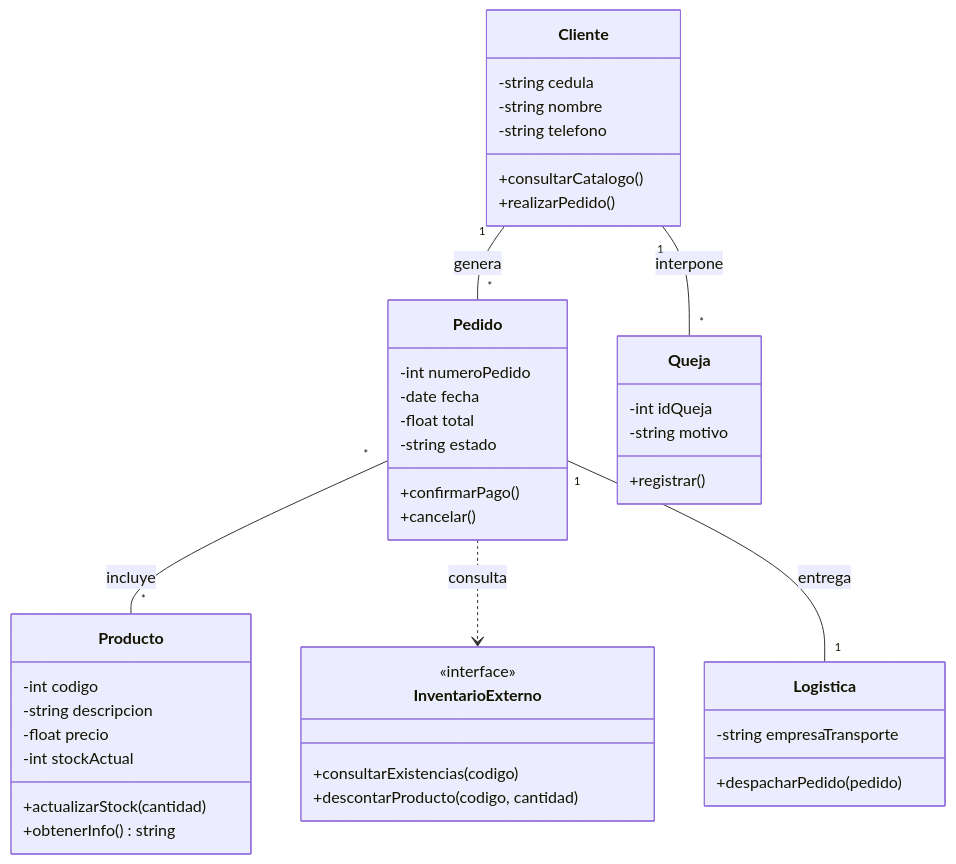
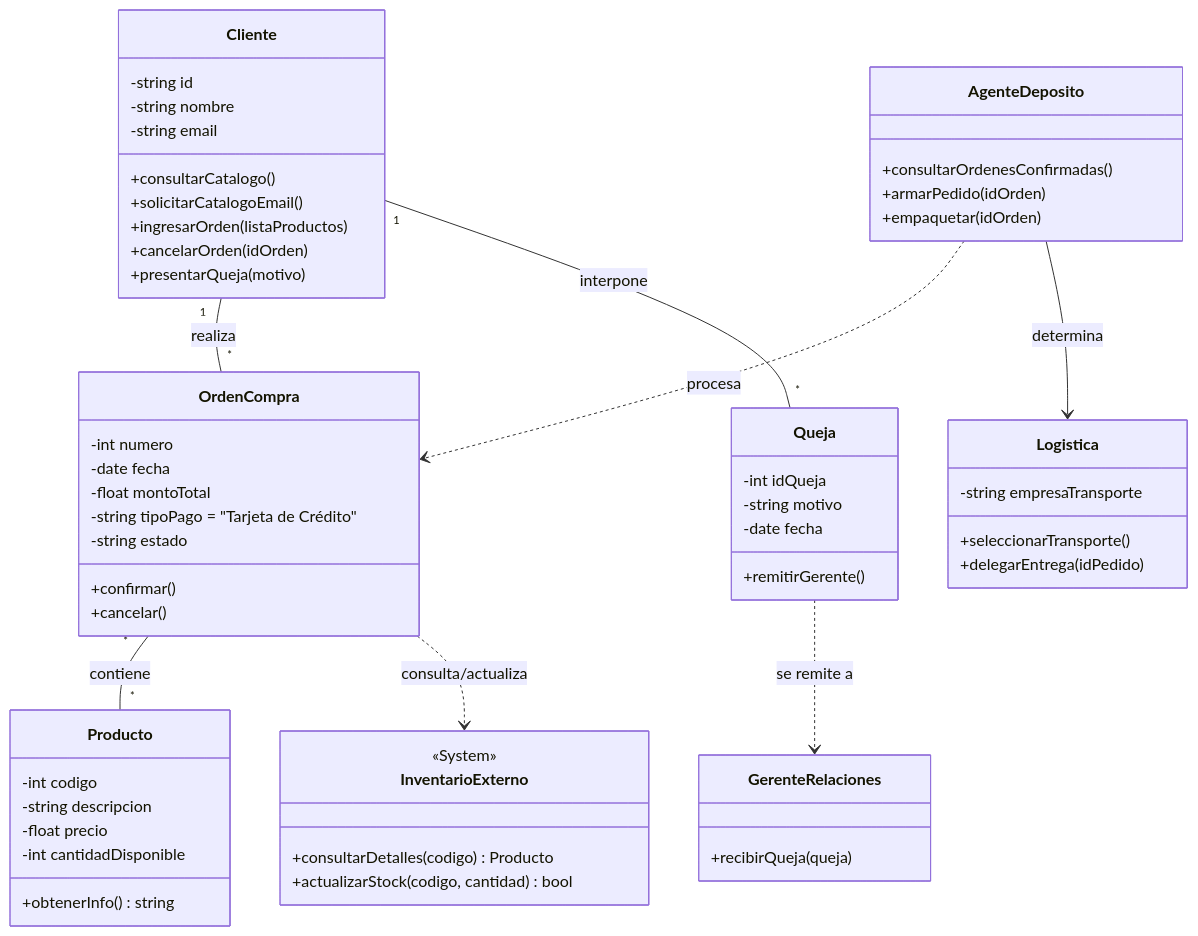
Before and after one commit to JuanGonzalezP1021/Taller_I: the diagram in docs/Diseno_1.md, drawn with Mermaid. The commit also changed other lines of this file and 1 other file, not shown here.

````diff
--- a/docs/Diseno_1.md
+++ b/docs/Diseno_1.md
@@ -3,51 +51,68 @@
 ```mermaid
 classDiagram
+    class InventarioExterno {
+        <<System>>
+        +consultarDetalles(codigo) Producto
+        +actualizarStock(codigo, cantidad) bool
+    }
+
     class Producto {
         -int codigo
         -string descripcion
         -float precio
-        -int stockActual
-        +actualizarStock(cantidad)
+        -int cantidadDisponible
         +obtenerInfo() string
     }
-    
+
     class Cliente {
-        -string cedula
+        -string id
         -string nombre
-        -string telefono
+        -string email
         +consultarCatalogo()
-        +realizarPedido()
+        +solicitarCatalogoEmail()
+        +ingresarOrden(listaProductos)
+        +cancelarOrden(idOrden)
+        +presentarQueja(motivo)
     }
 
-    class Pedido {
-        -int numeroPedido
+    class OrdenCompra {
+        -int numero
         -date fecha
-        -float total
+        -float montoTotal
+        -string tipoPago = "Tarjeta de Crédito"
         -string estado
-        +confirmarPago()
+        +confirmar()
         +cancelar()
     }
 
-    class InventarioExterno {
-        <<interface>>
-        +consultarExistencias(codigo)
-        +descontarProducto(codigo, cantidad)
+    class AgenteDeposito {
+        +consultarOrdenesConfirmadas()
+        +armarPedido(idOrden)
+        +empaquetar(idOrden)
     }
 
     class Logistica {
         -string empresaTransporte
-        +despacharPedido(pedido)
+        +seleccionarTransporte()
+        +delegarEntrega(idPedido)
     }
 
     class Queja {
         -int idQueja
         -string motivo
-        +registrar()
+        -date fecha
+        +remitirGerente()
     }
 
-    Cliente "1" -- "*" Pedido : genera
-    Pedido "*" -- "*" Producto : incluye
-    Pedido ..> InventarioExterno : consulta
-    Pedido "1" -- "1" Logistica : entrega
+    class GerenteRelaciones {
+        +recibirQueja(queja)
+    }
+
+    Cliente "1" -- "*" OrdenCompra : realiza
+    OrdenCompra "*" -- "*" Producto : contiene
+    OrdenCompra ..> InventarioExterno : consulta/actualiza
+    AgenteDeposito ..> OrdenCompra : procesa
+    AgenteDeposito --> Logistica : determina
     Cliente "1" -- "*" Queja : interpone
+    Queja ..> GerenteRelaciones : se remite a
 ```
````
